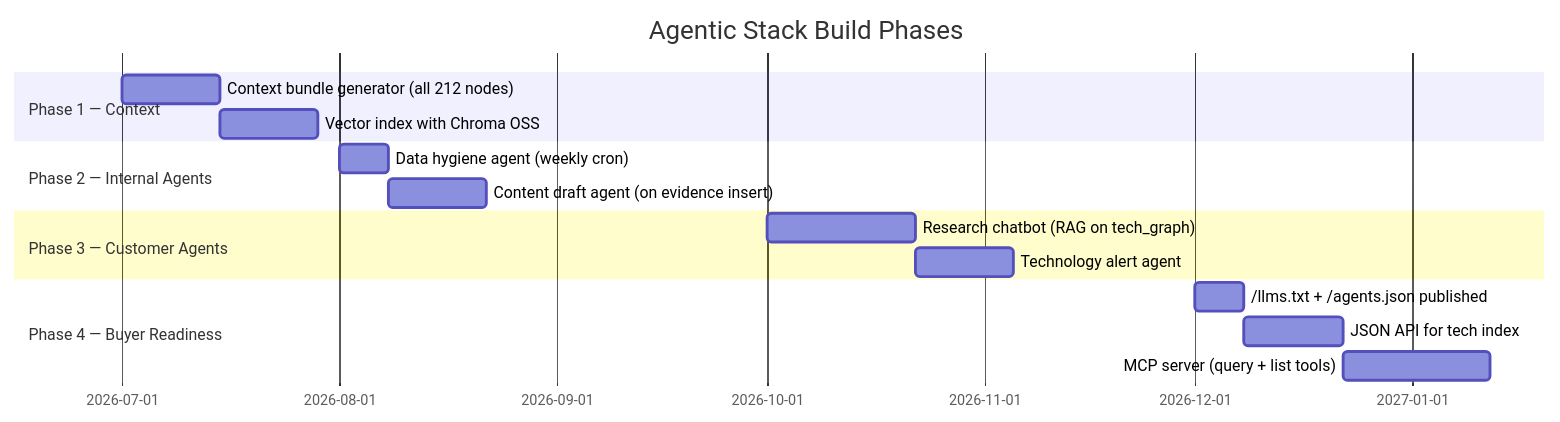
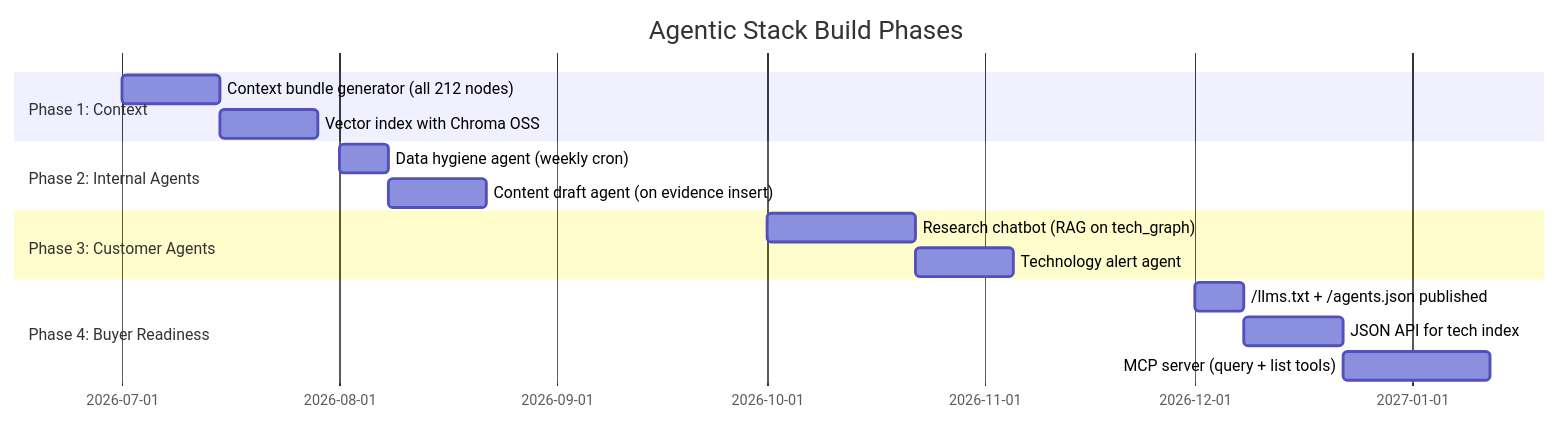
One commit to mengliang10/future changed the sixth of 6 diagrams in enhancements/16-agentic-martech-stack.md. Above: the diagram before and after it, drawn with Mermaid. The commit also changed other lines of this file and 348 other files, not shown here.

Commit message:
Global removal of em-dashes, homepage section reordering, and flow improvements

````diff
--- a/enhancements/16-agentic-martech-stack.md
+++ b/enhancements/16-agentic-martech-stack.md
@@ -200,18 +200,18 @@
 ```mermaid
 gantt
     title Agentic Stack Build Phases
     dateFormat YYYY-MM
-    section Phase 1 — Context
+    section Phase 1: Context
     Context bundle generator (all 212 nodes)    :ag1, 2026-07, 2w
     Vector index with Chroma OSS                :ag2, after ag1, 2w
-    section Phase 2 — Internal Agents
+    section Phase 2: Internal Agents
     Data hygiene agent (weekly cron)            :ag3, 2026-08, 1w
     Content draft agent (on evidence insert)    :ag4, after ag3, 2w
-    section Phase 3 — Customer Agents
+    section Phase 3: Customer Agents
     Research chatbot (RAG on tech_graph)        :ag5, 2026-10, 3w
     Technology alert agent                      :ag6, after ag5, 2w
-    section Phase 4 — Buyer Readiness
+    section Phase 4: Buyer Readiness
     /llms.txt + /agents.json published          :ag7, 2026-12, 1w
     JSON API for tech index                     :ag8, after ag7, 2w
     MCP server (query + list tools)             :ag9, after ag8, 3w
 ```
````
